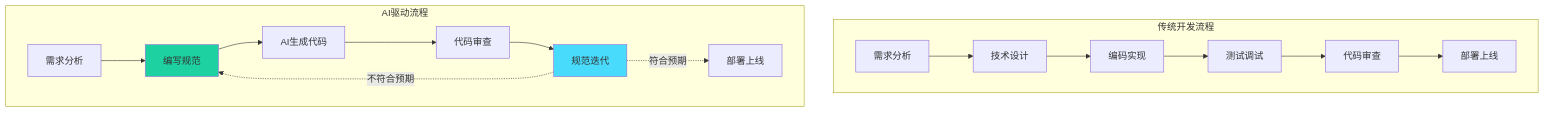
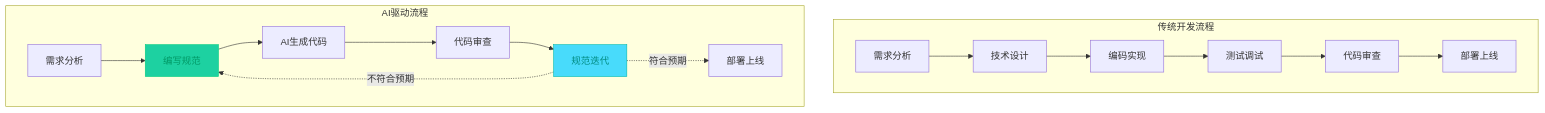
Before and after one commit to FreezeSoul/freezesoul.github.com: the eighth of 10 diagrams in _posts/2025-08-01-ai-coding-paradigms.md, drawn with Mermaid. The commit also changed other lines of this file and 9 other files, not shown here.

Commit message:
修正mermaid配色与要求

````diff
--- a/_posts/2025-08-01-ai-coding-paradigms.md
+++ b/_posts/2025-08-01-ai-coding-paradigms.md
@@ -549,22 +549,22 @@
 ```mermaid
 graph TD
     subgraph 传统开发流程
         T1[需求分析] --> T2[技术设计]
         T2 --> T3[编码实现]
         T3 --> T4[测试调试]
         T4 --> T5[代码审查]
         T5 --> T6[部署上线]
     end
 
     subgraph AI驱动流程
         A1[需求分析] --> A2[编写规范]
         A2 --> A3[AI生成代码]
         A3 --> A4[代码审查]
         A4 --> A5[规范迭代]
         A5 -.->|不符合预期| A2
         A5 -.->|符合预期| A6[部署上线]
     end
 
-    style A2 fill:#1dd1a1
-    style A5 fill:#48dbfb
+    style A2 fill:#1dd1a1,stroke:#00cc7f,color:#009966
+    style A5 fill:#48dbfb,stroke:#00b8b0,color:#008b82
 ```
````
